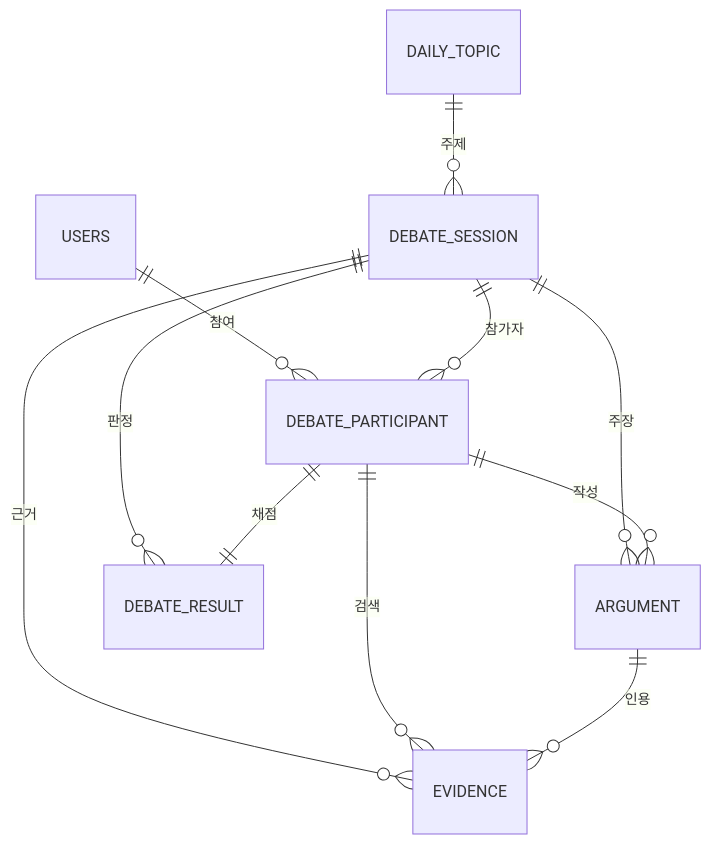
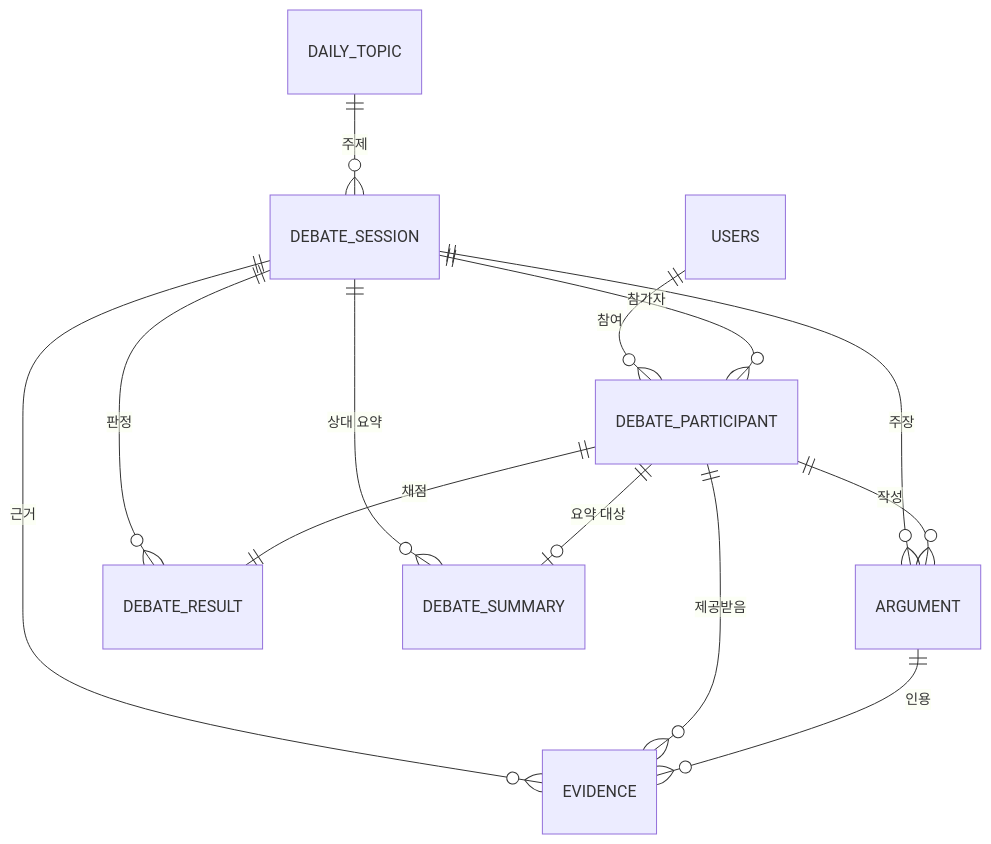
One commit to LIKELION14-DemoDay/yacha-backend changed the diagram in docs/야차철학_ERD_API명세_Final_v2.md. Above: the diagram before and after it, drawn with Mermaid. The commit also changed other lines of this file, not shown here.

First line of the commit message:
[Docs] ERD·API 명세 PVP 우선으로 개정

````diff
--- a/docs/야차철학_ERD_API명세_Final_v2.md
+++ b/docs/야차철학_ERD_API명세_Final_v2.md
@@ -13,17 +19,19 @@
 ```mermaid
 erDiagram
     USERS ||--o{ DEBATE_PARTICIPANT : "참여"
 
     DAILY_TOPIC ||--o{ DEBATE_SESSION : "주제"
 
     DEBATE_SESSION ||--o{ DEBATE_PARTICIPANT : "참가자"
     DEBATE_SESSION ||--o{ ARGUMENT : "주장"
     DEBATE_SESSION ||--o{ EVIDENCE : "근거"
     DEBATE_SESSION ||--o{ DEBATE_RESULT : "판정"
+    DEBATE_SESSION ||--o{ DEBATE_SUMMARY : "상대 요약"
 
     DEBATE_PARTICIPANT ||--o{ ARGUMENT : "작성"
-    DEBATE_PARTICIPANT ||--o{ EVIDENCE : "검색"
+    DEBATE_PARTICIPANT ||--o{ EVIDENCE : "제공받음"
     DEBATE_PARTICIPANT ||--|| DEBATE_RESULT : "채점"
+    DEBATE_PARTICIPANT ||--o| DEBATE_SUMMARY : "요약 대상"
 
     ARGUMENT ||--o{ EVIDENCE : "인용"
 ```
````
